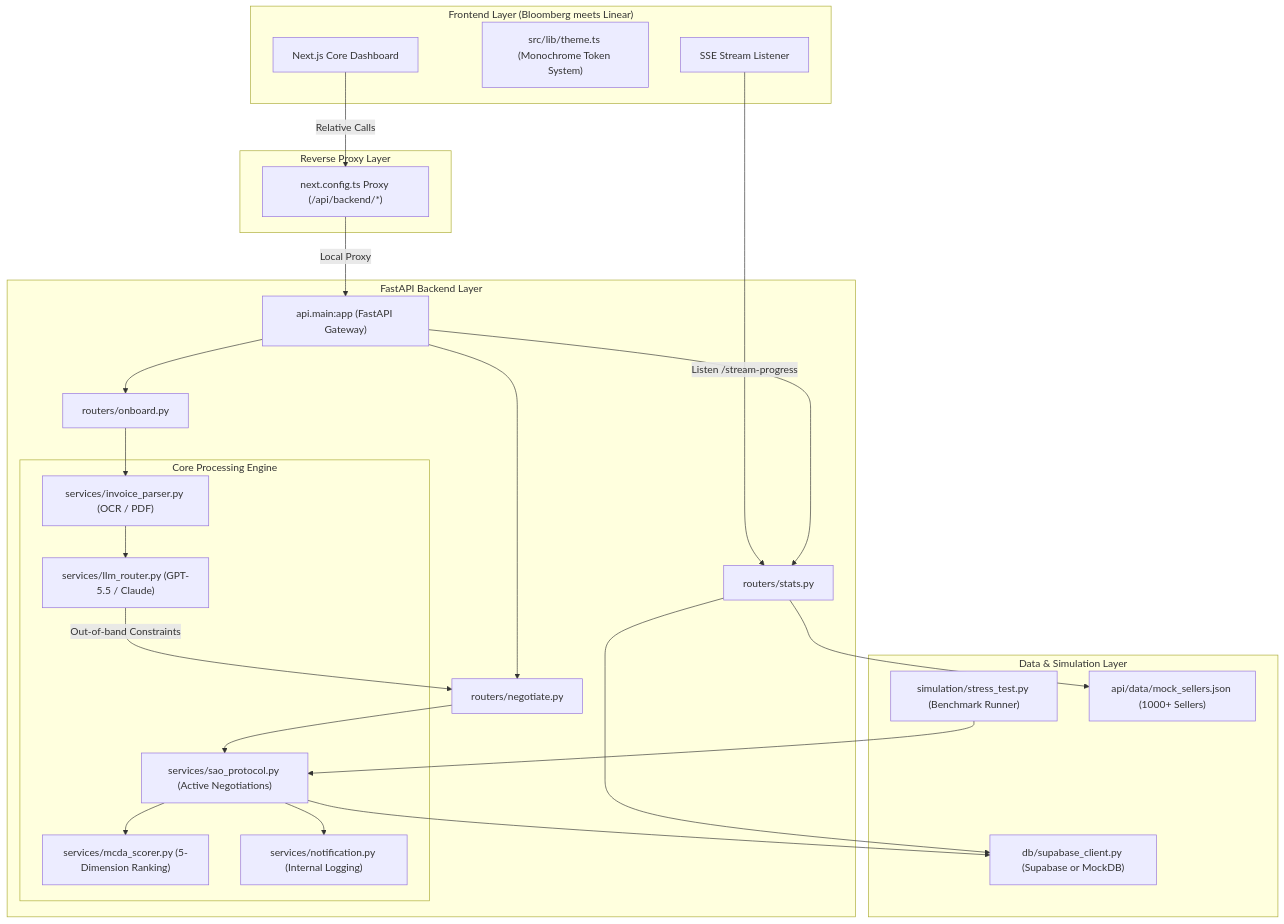
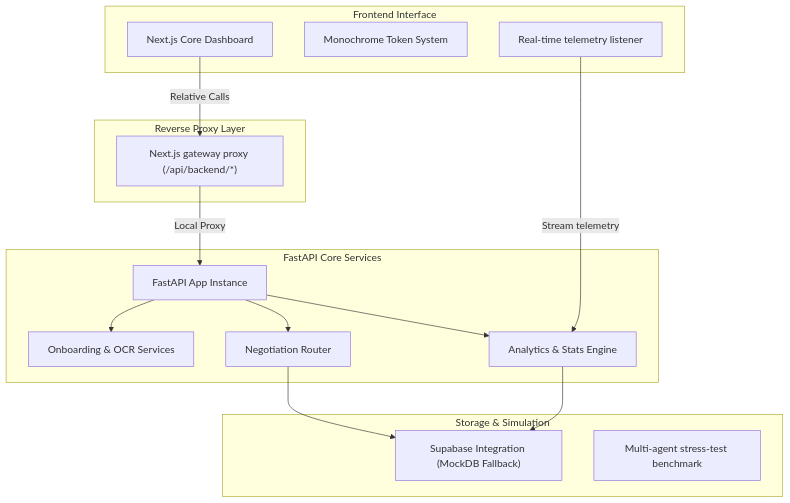
The diagram in README.md (sole-prop/pact), drawn with Mermaid before and after one commit. The commit also changed other lines of this file, not shown here.

````diff
--- a/README.md
+++ b/README.md
@@ -27,55 +31,33 @@
 ```mermaid
 graph TD
-    %% Architecture Diagram
-    subgraph Client ["Frontend Layer (Bloomberg meets Linear)"]
+    subgraph Client ["Frontend Interface"]
         UI["Next.js Core Dashboard"]
-        Theme["src/lib/theme.ts (Monochrome Token System)"]
-        SSE_Recv["SSE Stream Listener"]
+        Theme["Monochrome Token System"]
+        SSE_Recv["Real-time telemetry listener"]
     end
 
     subgraph Gateway ["Reverse Proxy Layer"]
-        Proxy["next.config.ts Proxy (/api/backend/*)"]
+        Proxy["Next.js gateway proxy (/api/backend/*)"]
     end
 
-    subgraph Backend ["FastAPI Backend Layer"]
-        FastAPI["api.main:app (FastAPI Gateway)"]
-        Onboard["routers/onboard.py"]
-        NegRouter["routers/negotiate.py"]
-        StatsRouter["routers/stats.py"]
-        
-        subgraph Services ["Core Processing Engine"]
-            Parser["services/invoice_parser.py (OCR / PDF)"]
-            RouterLLM["services/llm_router.py (GPT-5.5 / Claude)"]
-            SAO["services/sao_protocol.py (Active Negotiations)"]
-            MCDA["services/mcda_scorer.py (5-Dimension Ranking)"]
-            Notifier["services/notification.py (Internal Logging)"]
-        end
+    subgraph Backend ["FastAPI Core Services"]
+        FastAPI["FastAPI App Instance"]
+        Onboard["Onboarding & OCR Services"]
+        NegRouter["Negotiation Router"]
+        StatsRouter["Analytics & Stats Engine"]
     end
 
-    subgraph Storage ["Data & Simulation Layer"]
-        DB["db/supabase_client.py (Supabase or MockDB)"]
-        Stress["simulation/stress_test.py (Benchmark Runner)"]
-        Sellers["api/data/mock_sellers.json (1000+ Sellers)"]
+    subgraph Data ["Storage & Simulation"]
+        DB["Supabase Integration (MockDB Fallback)"]
+        Stress["Multi-agent stress-test benchmark"]
     end
 
-    %% Interactions
     UI -->|Relative Calls| Proxy
     Proxy -->|Local Proxy| FastAPI
-    SSE_Recv -->|Listen /stream-progress| StatsRouter
+    SSE_Recv -->|Stream telemetry| StatsRouter
     FastAPI --> Onboard
     FastAPI --> NegRouter
     FastAPI --> StatsRouter
-    
-    Onboard --> Parser
-    Parser --> RouterLLM
-    RouterLLM -->|Out-of-band Constraints| NegRouter
-    
-    NegRouter --> SAO
-    SAO --> MCDA
-    SAO --> Notifier
-    SAO --> DB
-    
+    NegRouter --> DB
     StatsRouter --> DB
-    StatsRouter --> Sellers
-    Stress --> SAO
 ```
````
